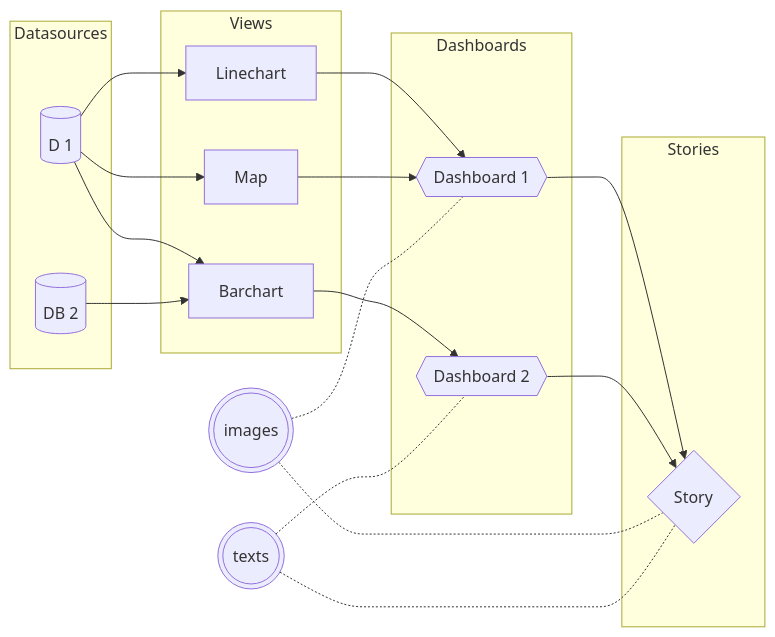
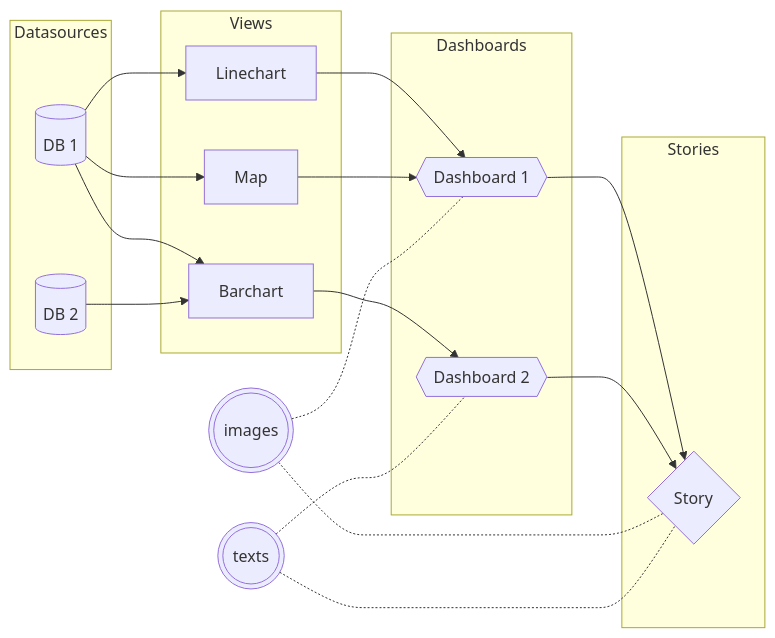
One commit to Norman-Foster-Institute/ua_2024 changed the diagram in chapter_1/intro_to_tableau.qmd. Above: the diagram before and after it, drawn with Mermaid. The commit also changed other lines of this file, not shown here.

````diff
--- a/chapter_1/intro_to_tableau.qmd
+++ b/chapter_1/intro_to_tableau.qmd
@@ -19,38 +19,38 @@
 ```{mermaid}
 flowchart LR
     subgraph Datasources
-    A[(D 1)]
+    A[(DB 1)]
     a[(DB 2)]
     end 
 
     subgraph Views
     B[Linechart]
     C[Map]
     D[Barchart]
     end
 
     subgraph Dashboards
     E{{Dashboard 1}}
     F{{Dashboard 2}}
     end 
 
     subgraph Stories
     S{Story}
     end 
 
     A --> B
     A --> C
     A --> D
     a --> D
 
     B --> E
     C --> E
     D --> F
     i(((images))) -.- E
     t(((texts))) -.- F 
 
     E --> S
     F --> S
     i -.- S
     t -.- S
 ```
````
